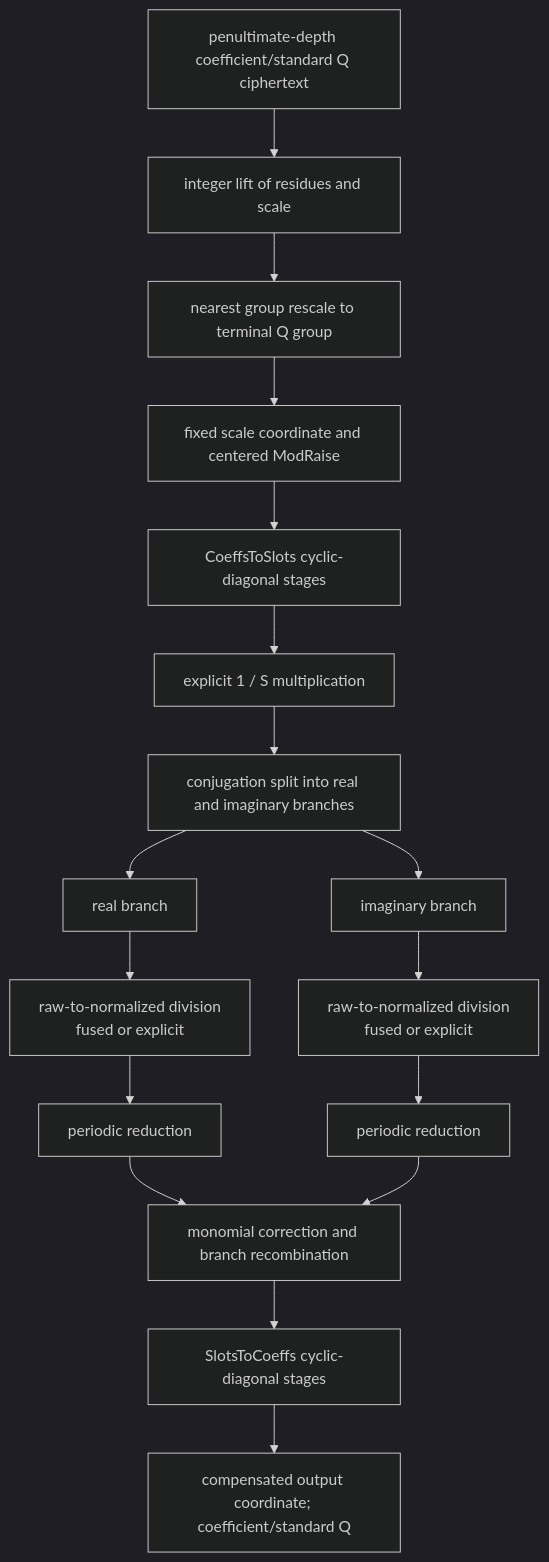
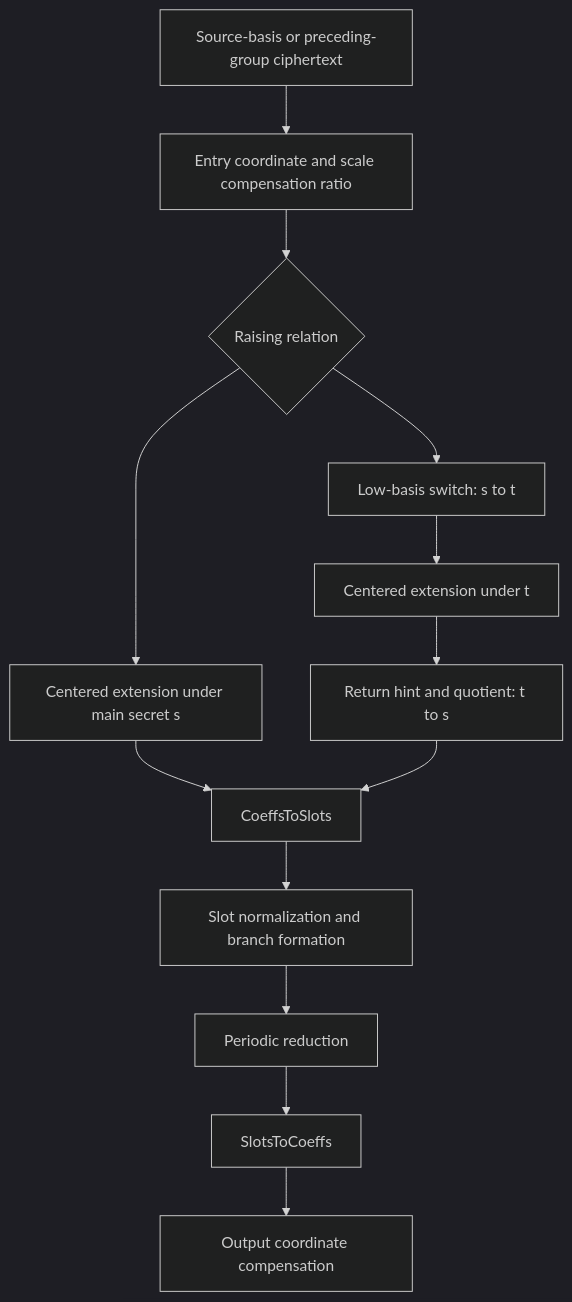
The diagram in docs/concepts/ckks/composable-bootstrapping.md (visualDust/fhelium), drawn with Mermaid (dark theme) before and after one commit. The commit also changed other lines of this file and 393 other files, not shown here.

````diff
--- a/docs/concepts/ckks/composable-bootstrapping.md
+++ b/docs/concepts/ckks/composable-bootstrapping.md
@@ -48,25 +74,19 @@
 ```mermaid
 flowchart TB
-    INPUT["penultimate-depth coefficient/standard Q ciphertext"]
-    IDENTITY["integer lift of residues and scale"]
-    DROP["nearest group rescale to terminal Q group"]
-    MODRAISE["fixed scale coordinate and centered ModRaise"]
-    C2S["CoeffsToSlots cyclic-diagonal stages"]
-    NORMALIZE["explicit 1 / S multiplication"]
-    SPLIT["conjugation split into real and imaginary branches"]
-    REAL["real branch"]
-    IMAG["imaginary branch"]
-    REAL_DIV["raw-to-normalized division<br/>fused or explicit"]
-    IMAG_DIV["raw-to-normalized division<br/>fused or explicit"]
-    REAL_REDUCE["periodic reduction"]
-    IMAG_REDUCE["periodic reduction"]
-    RECOMBINE["monomial correction and branch recombination"]
-    S2C["SlotsToCoeffs cyclic-diagonal stages"]
-    OUTPUT["compensated output coordinate; coefficient/standard Q"]
-
-    INPUT --> IDENTITY --> DROP --> MODRAISE --> C2S
-    C2S --> NORMALIZE --> SPLIT
-    SPLIT --> REAL --> REAL_DIV --> REAL_REDUCE --> RECOMBINE
-    SPLIT --> IMAG --> IMAG_DIV --> IMAG_REDUCE --> RECOMBINE
-    RECOMBINE --> S2C --> OUTPUT
+    INPUT["Source-basis or preceding-group ciphertext"]
+    ENTRY["Entry coordinate and scale compensation ratio"]
+    RAISING{"Raising relation"}
+    CENTERED["Centered extension under main secret s"]
+    LOW["Low-basis switch: s to t"]
+    LIFT["Centered extension under t"]
+    RETURN["Return hint and quotient: t to s"]
+    CTS["CoeffsToSlots"]
+    BRANCH["Slot normalization and branch formation"]
+    REDUCE["Periodic reduction"]
+    STC["SlotsToCoeffs"]
+    OUTPUT["Output coordinate compensation"]
+    INPUT --> ENTRY --> RAISING
+    RAISING --> CENTERED --> CTS
+    RAISING --> LOW --> LIFT --> RETURN --> CTS
+    CTS --> BRANCH --> REDUCE --> STC --> OUTPUT
 ```
````
